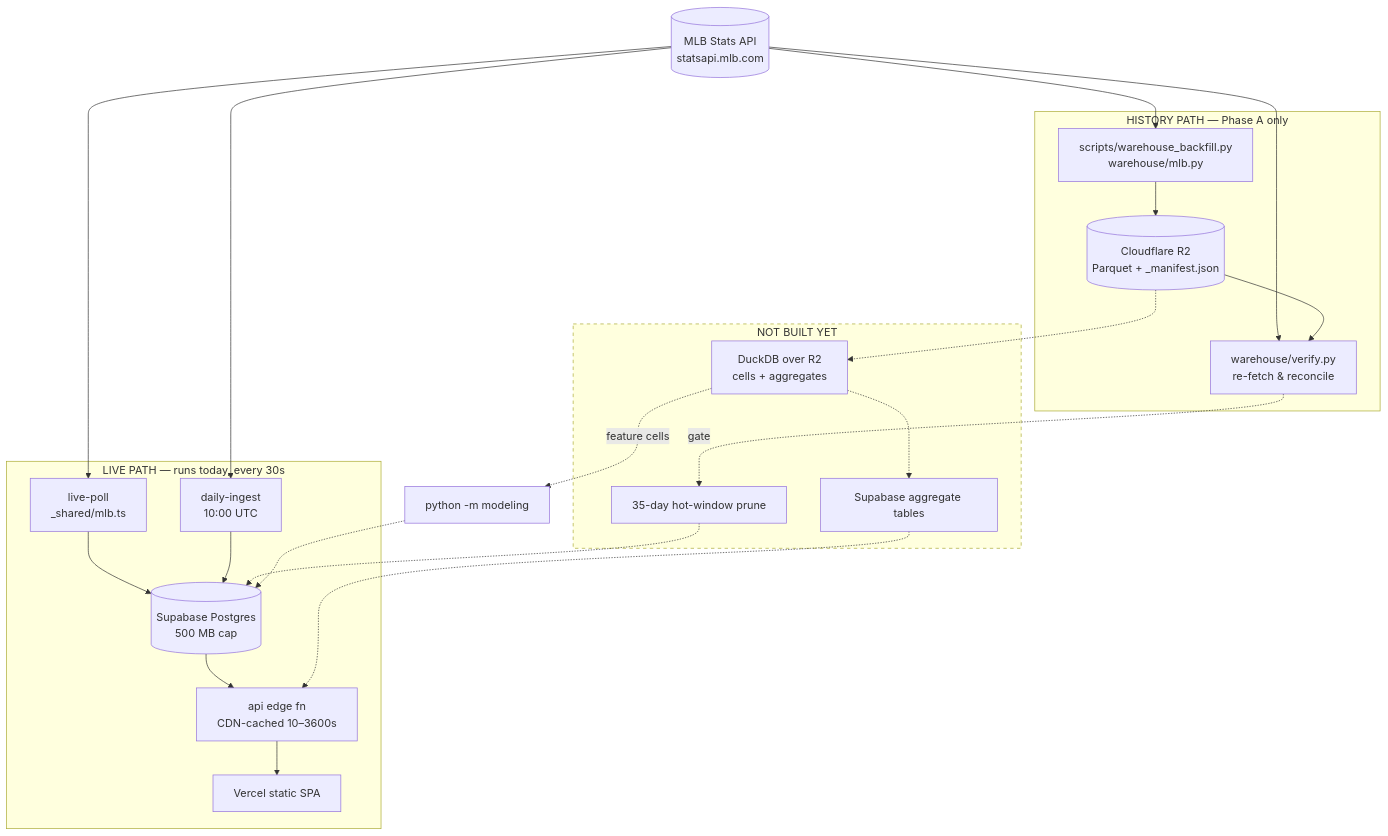
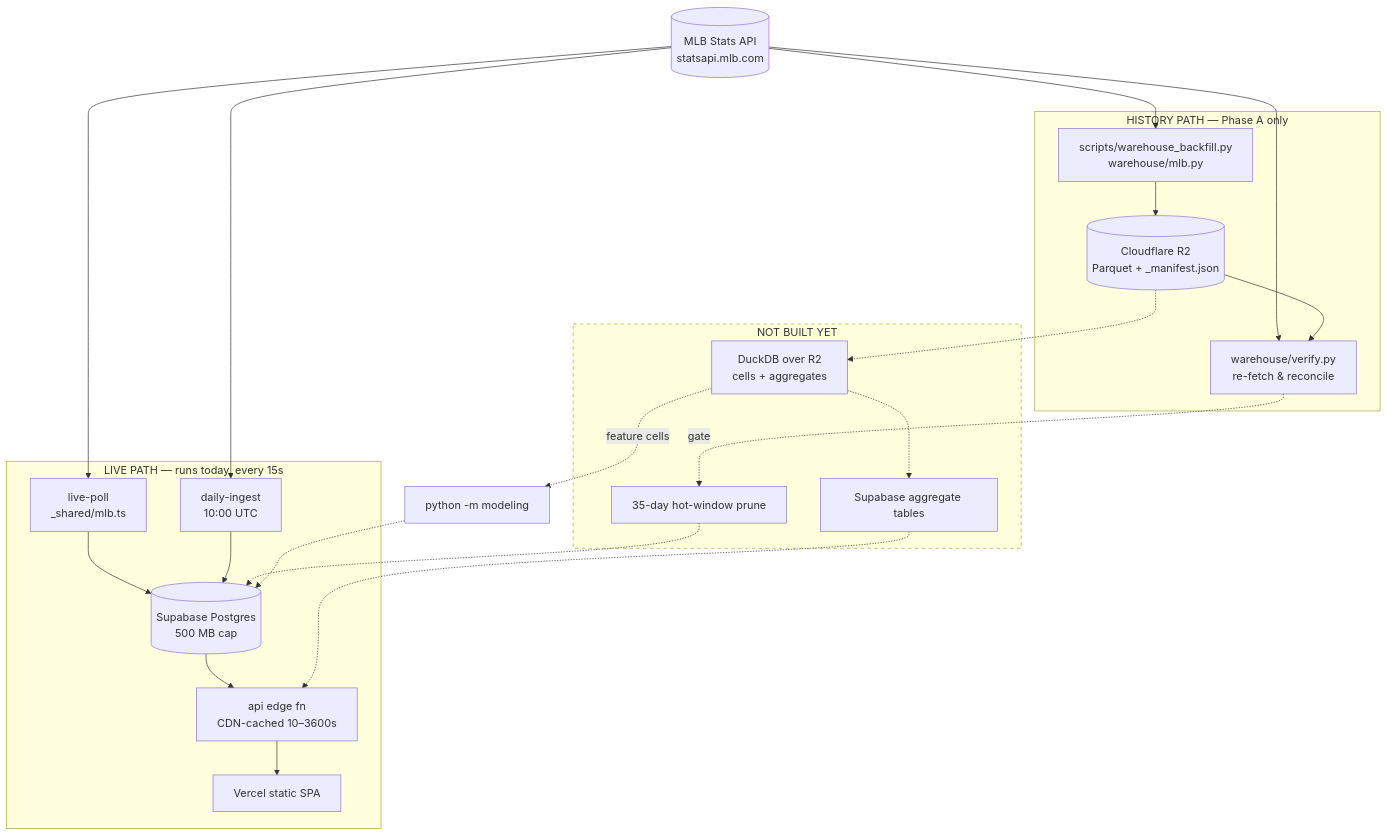
One commit to danielmac96/pitch-hawk changed the diagram in docs/DATA-PIPELINE.md. Above: the diagram before and after it, drawn with Mermaid. The commit also changed other lines of this file and 12 other files, not shown here.

````diff
--- a/docs/DATA-PIPELINE.md
+++ b/docs/DATA-PIPELINE.md
@@ -90,38 +90,38 @@
 ```mermaid
 flowchart TB
     MLB[("MLB Stats API<br/>statsapi.mlb.com")]
 
-    subgraph LIVE["LIVE PATH — runs today, every 30s"]
+    subgraph LIVE["LIVE PATH — runs today, every 15s"]
         LP["live-poll<br/>_shared/mlb.ts"]
         DI["daily-ingest<br/>10:00 UTC"]
         PG[("Supabase Postgres<br/>500 MB cap")]
         API["api edge fn<br/>CDN-cached 10–3600s"]
         FE["Vercel static SPA"]
     end
 
     subgraph HIST["HISTORY PATH — Phase A only"]
         BF["scripts/warehouse_backfill.py<br/>warehouse/mlb.py"]
         R2[("Cloudflare R2<br/>Parquet + _manifest.json")]
         VER["warehouse/verify.py<br/>re-fetch &amp; reconcile"]
     end
 
     subgraph TODO["NOT BUILT YET"]
         DUCK["DuckDB over R2<br/>cells + aggregates"]
         AGG["Supabase aggregate tables"]
         PRUNE["35-day hot-window prune"]
     end
 
     MLB --> LP --> PG
     MLB --> DI --> PG
     PG --> API --> FE
     MLB --> BF --> R2
     MLB --> VER
     R2 --> VER
 
     R2 -.-> DUCK -.-> AGG -.-> API
     VER -.gate.-> PRUNE -.-> PG
     DUCK -.->|feature cells| TRAIN["python -m modeling"]
     TRAIN -.-> PG
 
     style TODO stroke-dasharray: 5 5
 ```
````
